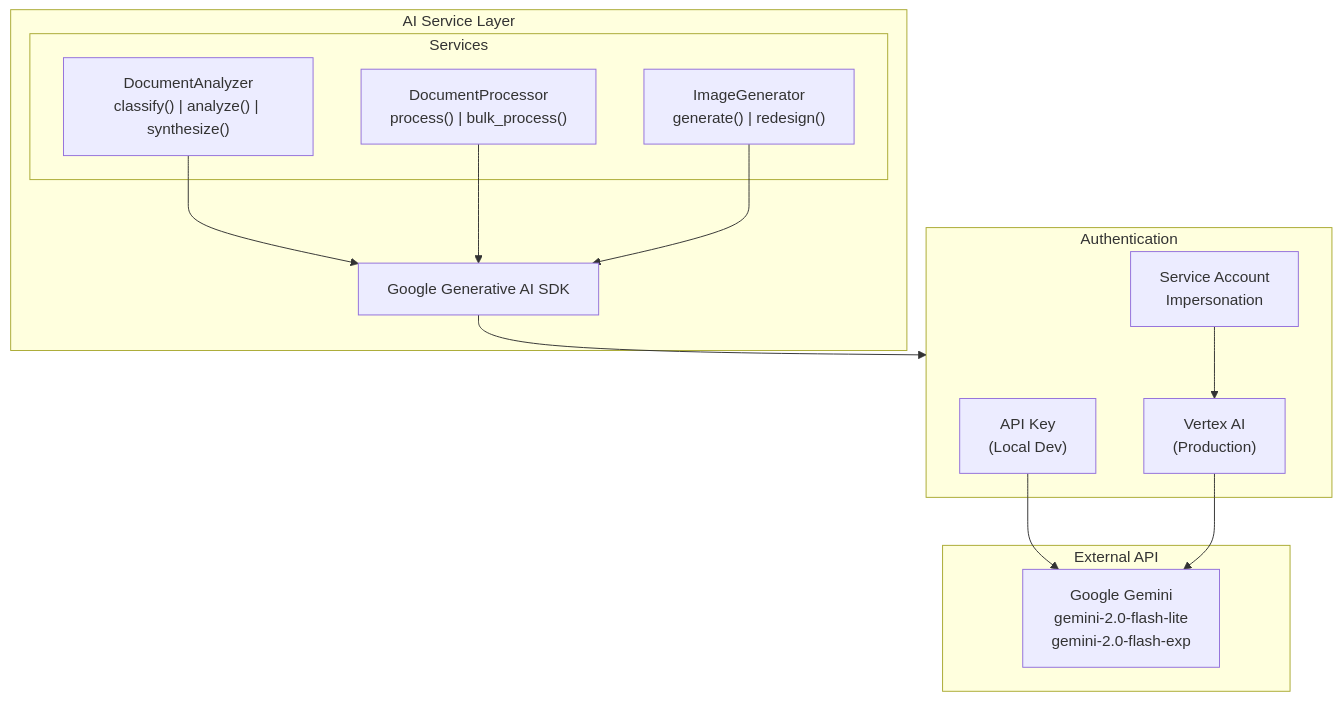
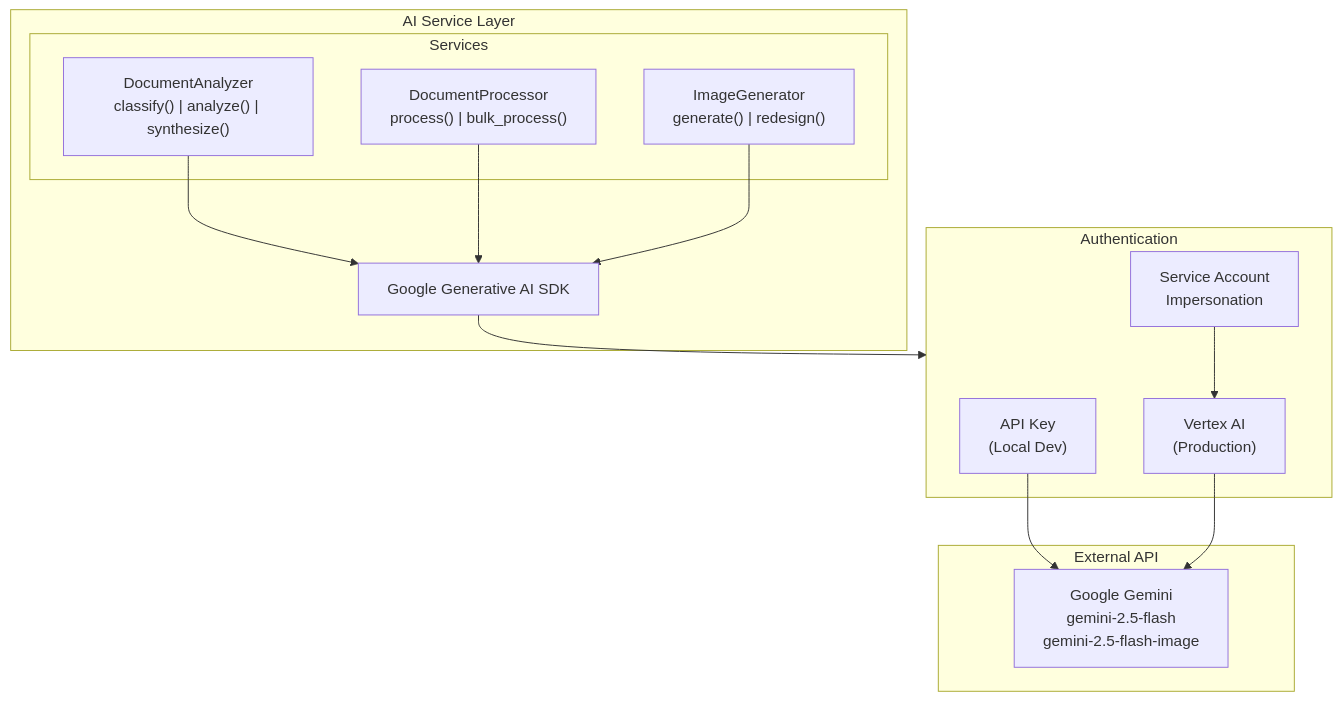
Before and after one commit to benjamin-karaoglan/AppArtAgent: the first of 2 diagrams in docs/backend/ai-services.md, drawn with Mermaid. The commit also changed other lines of this file and 16 other files, not shown here.

````diff
--- a/docs/backend/ai-services.md
+++ b/docs/backend/ai-services.md
@@ -14,29 +14,29 @@
 ```mermaid
 flowchart TB
     subgraph AILayer["AI Service Layer"]
         subgraph Services["Services"]
             DA["DocumentAnalyzer<br/>classify() | analyze() | synthesize()"]
             DP["DocumentProcessor<br/>process() | bulk_process()"]
             IG["ImageGenerator<br/>generate() | redesign()"]
         end
         SDK["Google Generative AI SDK"]
     end
 
     subgraph Auth["Authentication"]
         APIKey["API Key<br/>(Local Dev)"]
         VertexAI["Vertex AI<br/>(Production)"]
         Impersonation["Service Account<br/>Impersonation"]
     end
 
     subgraph External["External API"]
-        Gemini["Google Gemini<br/>gemini-2.0-flash-lite<br/>gemini-2.0-flash-exp"]
+        Gemini["Google Gemini<br/>gemini-2.5-flash<br/>gemini-2.5-flash-image"]
     end
 
     DA --> SDK
     DP --> SDK
     IG --> SDK
     SDK --> Auth
     APIKey --> Gemini
     VertexAI --> Gemini
     Impersonation --> VertexAI
 ```
````
